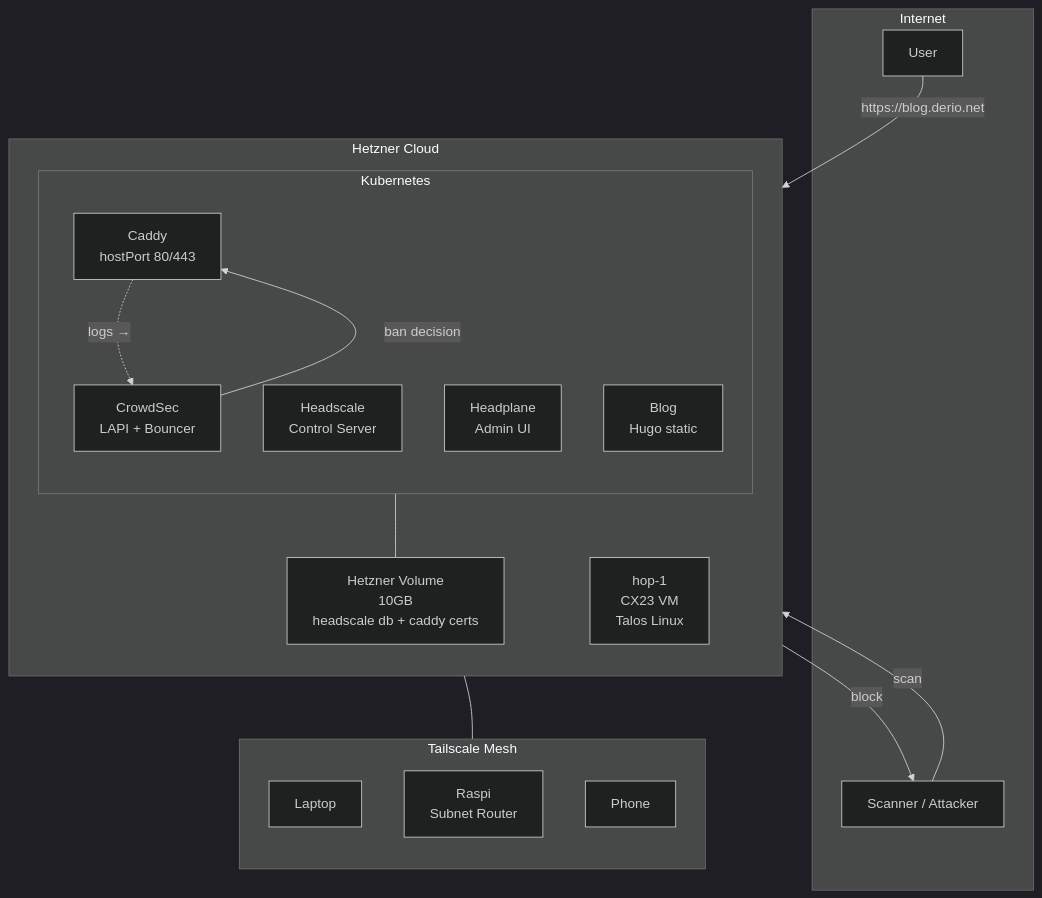
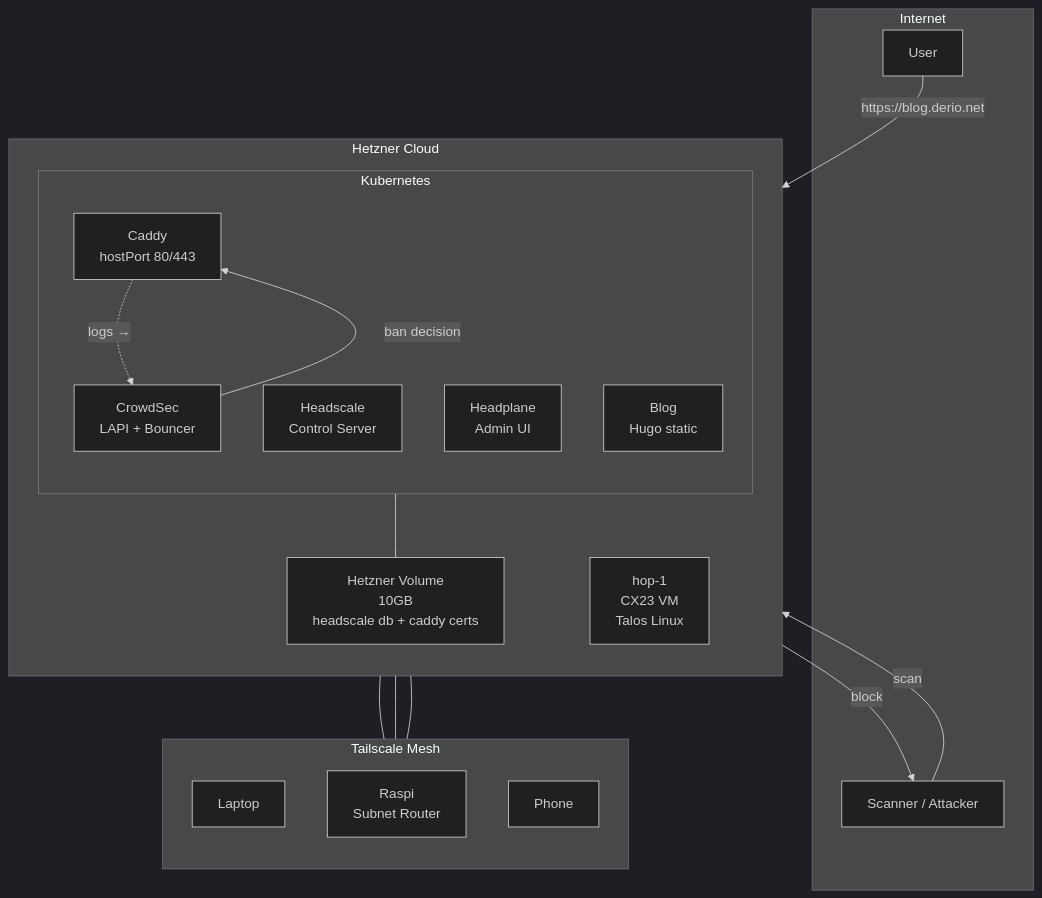
One commit to derio-net/frank changed the diagram in blog/content/docs/operating/11-public-edge/index.md. Above: the diagram before and after it, drawn with Mermaid (dark theme). The commit also changed 52 other files, not shown here.

````diff
--- a/blog/content/docs/operating/11-public-edge/index.md
+++ b/blog/content/docs/operating/11-public-edge/index.md
@@ -33,38 +33,40 @@
 ```mermaid
 graph TB
     subgraph internet["Internet"]
         user["User"]
         attacker["Scanner / Attacker"]
     end
 
     subgraph hetzner["Hetzner Cloud"]
         direction TB
         hop["hop-1<br/>CX23 VM<br/>Talos Linux"]
 
         subgraph k8s["Kubernetes"]
             direction TB
             caddy["Caddy<br/>hostPort 80/443"]
             cs["CrowdSec<br/>LAPI + Bouncer"]
             hs["Headscale<br/>Control Server"]
             hp["Headplane<br/>Admin UI"]
             blog["Blog<br/>Hugo static"]
         end
 
         vol["Hetzner Volume<br/>10GB<br/>headscale db + caddy certs"]
         caddy -.->|logs →| cs
         cs -->|ban decision| caddy
         hs --- vol
     end
 
     subgraph mesh["Tailscale Mesh"]
         direction TB
         laptop["Laptop"]
         raspi["Raspi<br/>Subnet Router"]
         phone["Phone"]
     end
 
     user -->|https://blog.derio.net| caddy
     attacker -->|scan| caddy
     cs -->|block| attacker
-    hs --- mesh
+    hs --- laptop
+    hs --- raspi
+    hs --- phone
 ```
````
